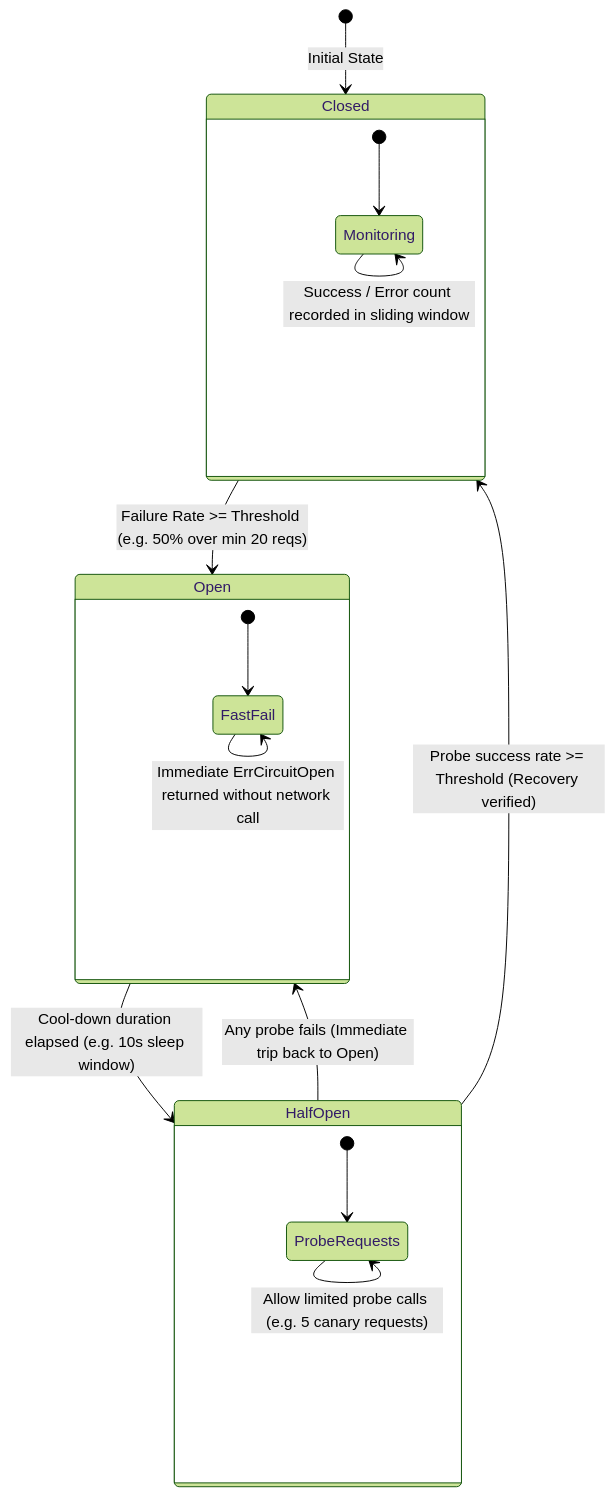
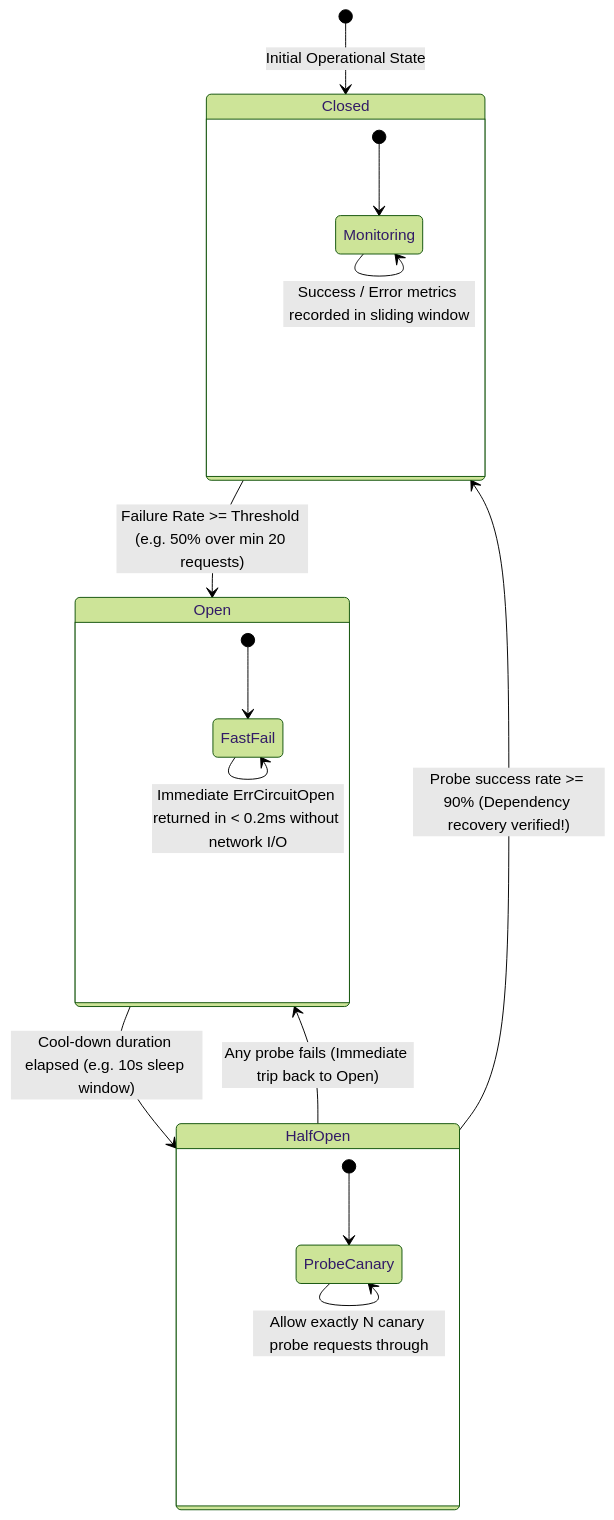
Before and after one commit to software-blueprints-hq/software-blueprints: the diagram in docs/system-design/circuit-breaker-bulkhead/overview.md, drawn with Mermaid (forest theme). The commit also changed other lines of this file and 7 other files, not shown here.

````diff
--- a/docs/system-design/circuit-breaker-bulkhead/overview.md
+++ b/docs/system-design/circuit-breaker-bulkhead/overview.md
@@ -19,26 +49,26 @@
 ```mermaid
 stateDiagram-v2
-    [*] --> Closed: Initial State
+    [*] --> Closed: Initial Operational State
 
     state Closed {
         [*] --> Monitoring
-        Monitoring --> Monitoring: Success / Error count recorded in sliding window
+        Monitoring --> Monitoring: Success / Error metrics recorded in sliding window
     }
 
-    Closed --> Open: Failure Rate >= Threshold (e.g. 50% over min 20 reqs)
+    Closed --> Open: Failure Rate >= Threshold (e.g. 50% over min 20 requests)
     
     state Open {
         [*] --> FastFail
-        FastFail --> FastFail: Immediate ErrCircuitOpen returned without network call
+        FastFail --> FastFail: Immediate ErrCircuitOpen returned in < 0.2ms without network I/O
     }
 
     Open --> HalfOpen: Cool-down duration elapsed (e.g. 10s sleep window)
 
     state HalfOpen {
-        [*] --> ProbeRequests
-        ProbeRequests --> ProbeRequests: Allow limited probe calls (e.g. 5 canary requests)
+        [*] --> ProbeCanary
+        ProbeCanary --> ProbeCanary: Allow exactly N canary probe requests through
     }
 
-    HalfOpen --> Closed: Probe success rate >= Threshold (Recovery verified)
+    HalfOpen --> Closed: Probe success rate >= 90% (Dependency recovery verified!)
     HalfOpen --> Open: Any probe fails (Immediate trip back to Open)
 ```
````
